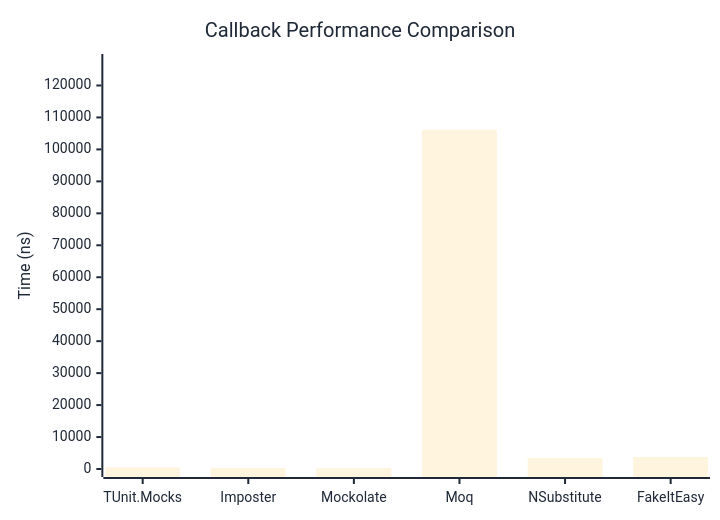
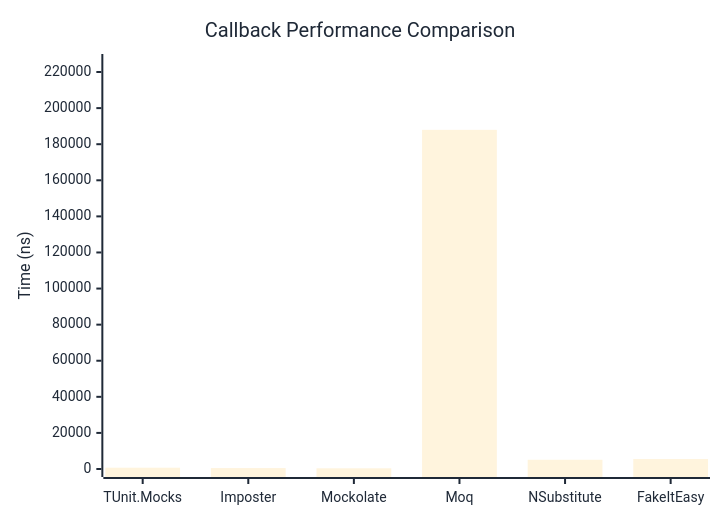
One commit to thomhurst/TUnit changed the first of 2 diagrams in docs/docs/benchmarks/mocks/Callback.md. Above: the diagram before and after it, drawn with Mermaid. The commit also changed other lines of this file and 14 other files, not shown here.

````diff
--- a/docs/docs/benchmarks/mocks/Callback.md
+++ b/docs/docs/benchmarks/mocks/Callback.md
@@ -30,27 +30,27 @@
 ```mermaid
 %%{init: {
   'theme':'base',
   'themeVariables': {
     'primaryColor': '#2563eb',
     'primaryTextColor': '#1f2937',
     'primaryBorderColor': '#1e40af',
     'lineColor': '#6b7280',
     'secondaryColor': '#7c3aed',
     'tertiaryColor': '#dc2626',
     'background': '#ffffff',
     'pie1': '#2563eb',
     'pie2': '#7c3aed',
     'pie3': '#dc2626',
     'pie4': '#f59e0b',
     'pie5': '#10b981',
     'pie6': '#06b6d4',
     'pie7': '#ec4899',
     'pie8': '#6366f1'
   }
 }}%%
 xychart-beta
   title "Callback Performance Comparison"
   x-axis ["TUnit.Mocks", "Imposter", "Mockolate", "Moq", "NSubstitute", "FakeItEasy"]
-  y-axis "Time (ns)" 0 --> 127348
-  bar [497.6, 349.7, 258.9, 106123.3, 3449.6, 3744.1]
+  y-axis "Time (ns)" 0 --> 225557
+  bar [720.9, 509.8, 378, 187963.7, 5122.6, 5510.6]
 ```
````
